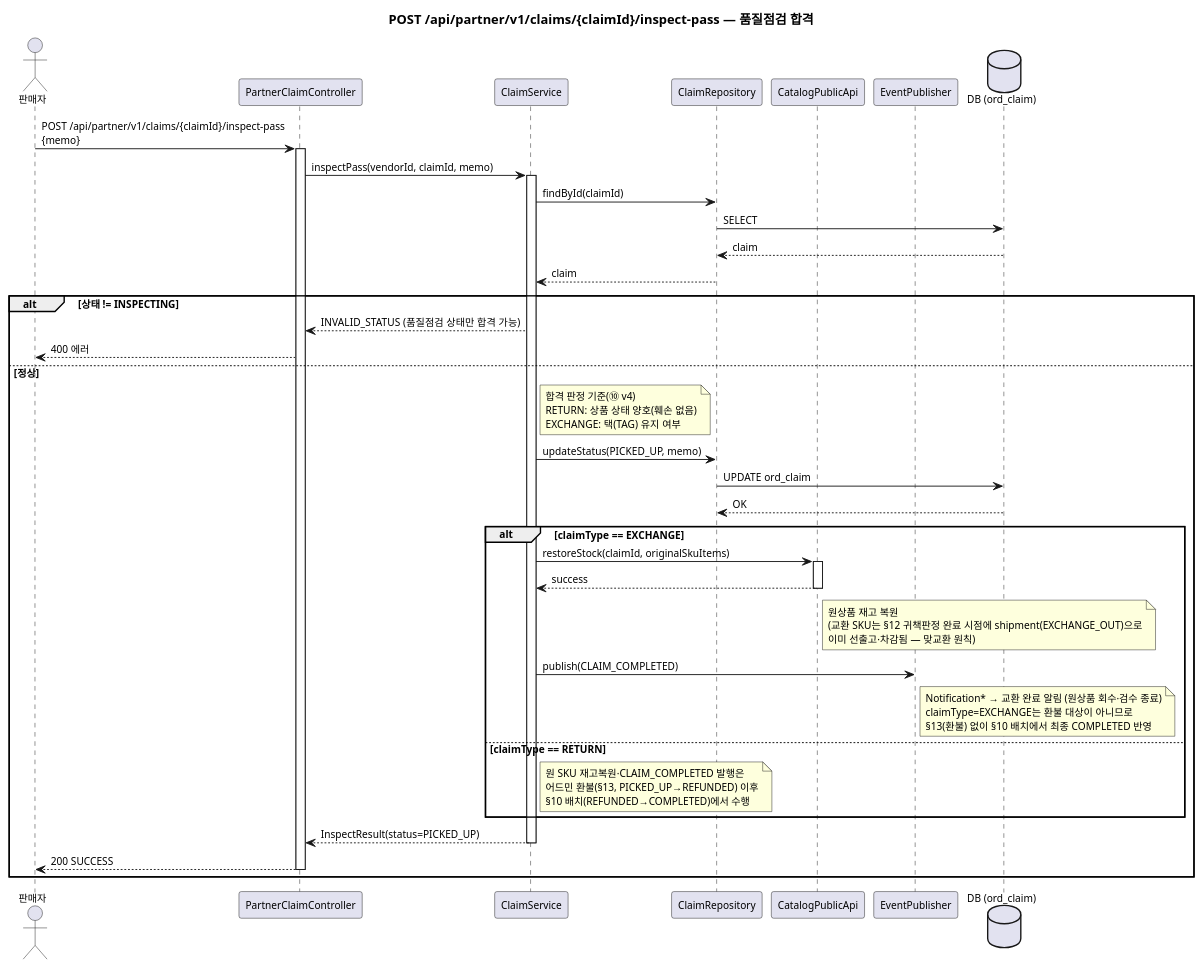
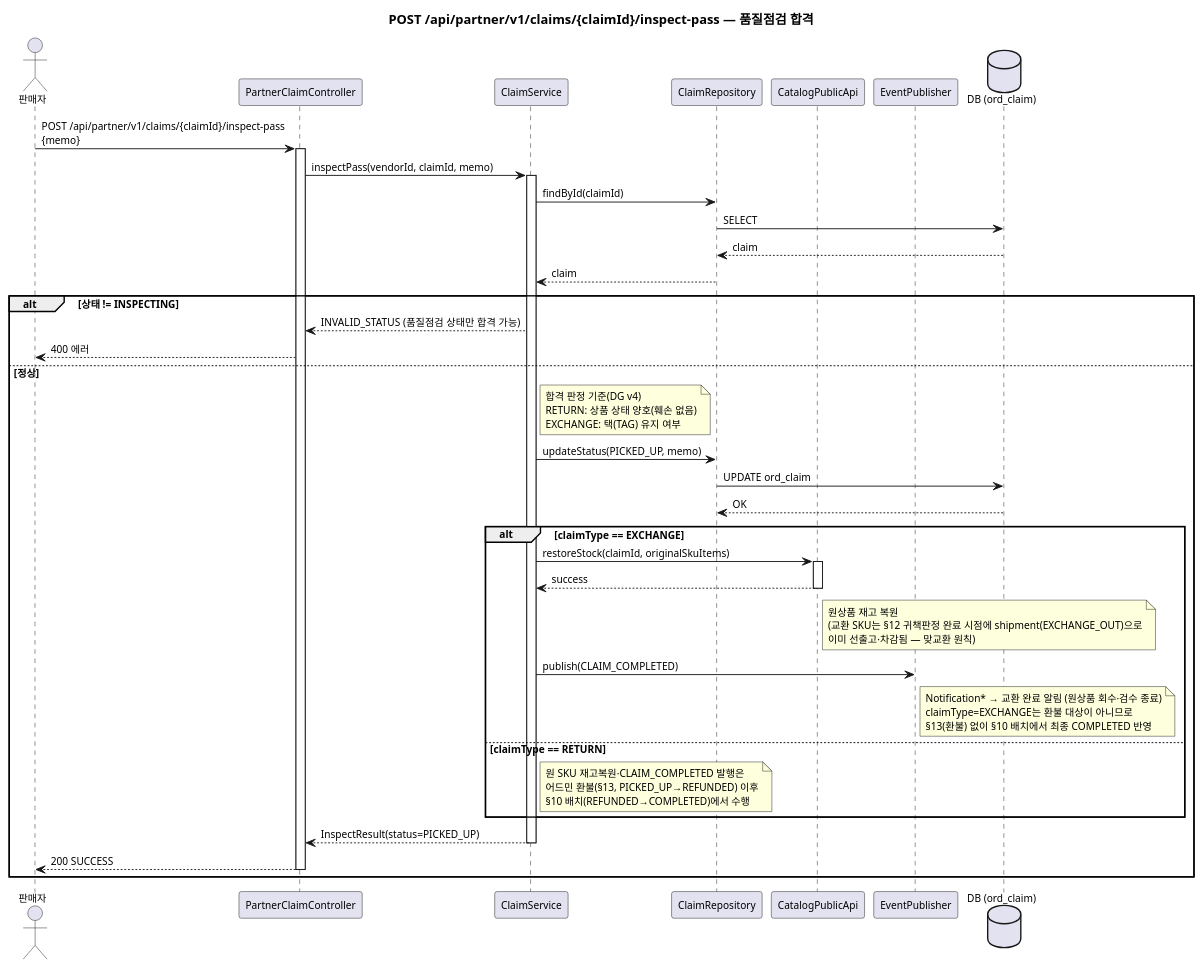
One commit to parknahyun/runNShop changed diagram 17 of 26 in docs/자산화-단계별/S3-상세설계/DM-시퀀스(Order-Payment).md. Above: the diagram before and after it, drawn with PlantUML. The commit also changed other lines of this file and 47 other files, not shown here.

````diff
--- a/docs/자산화-단계별/S3-상세설계/DM-시퀀스(Order-Payment).md
+++ b/docs/자산화-단계별/S3-상세설계/DM-시퀀스(Order-Payment).md
@@ -927,64 +927,64 @@
 ```plantuml
 @startuml
 skinparam backgroundColor transparent
 skinparam defaultFontSize 11
 title POST /api/partner/v1/claims/{claimId}/inspect-pass — 품질점검 합격
 
 actor 판매자 as Partner
 participant "PartnerClaimController" as PCC
 participant "ClaimService" as CS
 participant "ClaimRepository" as CR
 participant "CatalogPublicApi" as CAT
 participant "EventPublisher" as EP
 database "DB (ord_claim)" as DB
 
 Partner -> PCC : POST /api/partner/v1/claims/{claimId}/inspect-pass\n{memo}
 activate PCC
 
 PCC -> CS : inspectPass(vendorId, claimId, memo)
 activate CS
 
 CS -> CR : findById(claimId)
 CR -> DB : SELECT
 DB --> CR : claim
 CR --> CS : claim
 
 alt 상태 != INSPECTING
   CS --> PCC : INVALID_STATUS (품질점검 상태만 합격 가능)
   PCC --> Partner : 400 에러
 else 정상
   note right of CS
-    합격 판정 기준(⑩ v4)
+    합격 판정 기준(DG v4)
     RETURN: 상품 상태 양호(훼손 없음)
     EXCHANGE: 택(TAG) 유지 여부
   end note
 
   CS -> CR : updateStatus(PICKED_UP, memo)
   CR -> DB : UPDATE ord_claim
   DB --> CR : OK
 
   alt claimType == EXCHANGE
     CS -> CAT : restoreStock(claimId, originalSkuItems)
     activate CAT
     CAT --> CS : success
     deactivate CAT
     note right of CAT: 원상품 재고 복원\n(교환 SKU는 §12 귀책판정 완료 시점에 shipment(EXCHANGE_OUT)으로\n이미 선출고·차감됨 — 맞교환 원칙)
 
     CS -> EP : publish(CLAIM_COMPLETED)
     note right of EP
       Notification* → 교환 완료 알림 (원상품 회수·검수 종료)
       claimType=EXCHANGE는 환불 대상이 아니므로
       §13(환불) 없이 §10 배치에서 최종 COMPLETED 반영
     end note
   else claimType == RETURN
     note right of CS: 원 SKU 재고복원·CLAIM_COMPLETED 발행은\n어드민 환불(§13, PICKED_UP→REFUNDED) 이후\n§10 배치(REFUNDED→COMPLETED)에서 수행
   end
 
   CS --> PCC : InspectResult(status=PICKED_UP)
   deactivate CS
   PCC --> Partner : 200 SUCCESS
   deactivate PCC
 end
 
 @enduml
 ```
````
